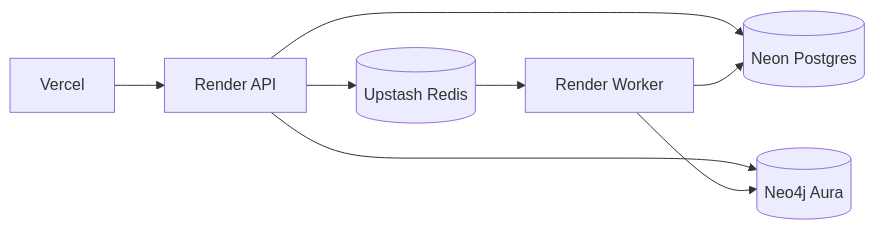
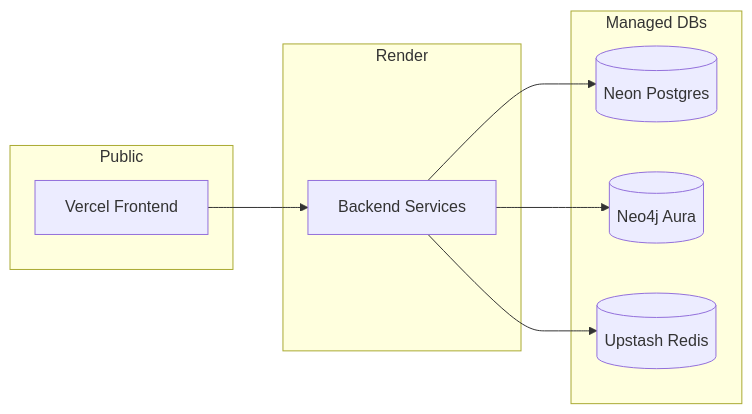
The second of 2 diagrams in README.md (someshsinha/transaction-anomaly-visualizer), drawn with Mermaid before and after one commit. The commit also changed other lines of this file, not shown here.

````diff
--- a/README.md
+++ b/README.md
@@ -45,10 +41,19 @@
 ```mermaid
-graph LR
-    V[Vercel] --> R[Render API]
-    R --> Neon[(Neon Postgres)]
-    R --> Aura[(Neo4j Aura)]
-    R --> Upstash[(Upstash Redis)]
-    Upstash --> RW[Render Worker]
-    RW --> Neon
-    RW --> Aura
+flowchart LR
+    subgraph Client [Public]
+        V[Vercel Frontend]
+    end
+    subgraph Compute [Render]
+        B[Backend Services]
+    end
+    subgraph Storage [Managed DBs]
+        N[(Neon Postgres)]
+        A[(Neo4j Aura)]
+        U[(Upstash Redis)]
+    end
+
+    V --> B
+    B --> N
+    B --> A
+    B --> U
 ```
````
